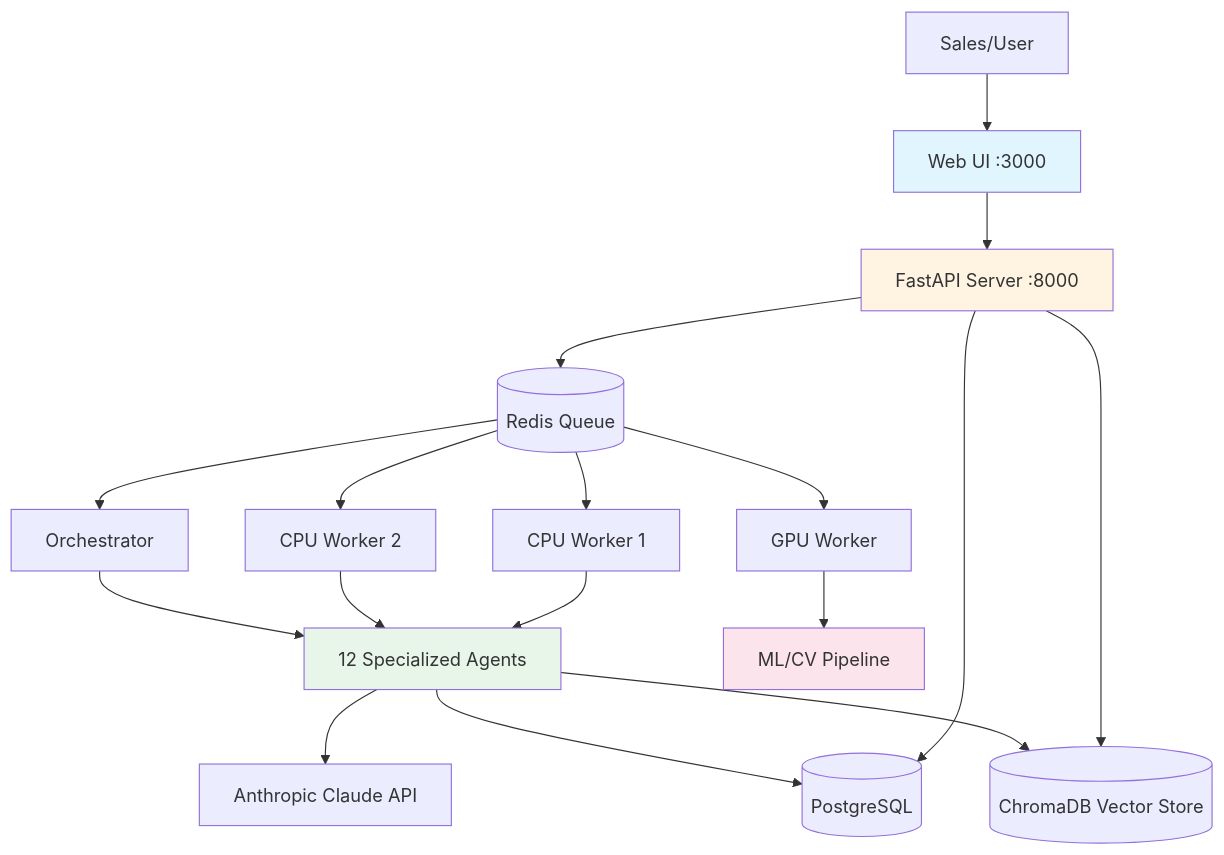
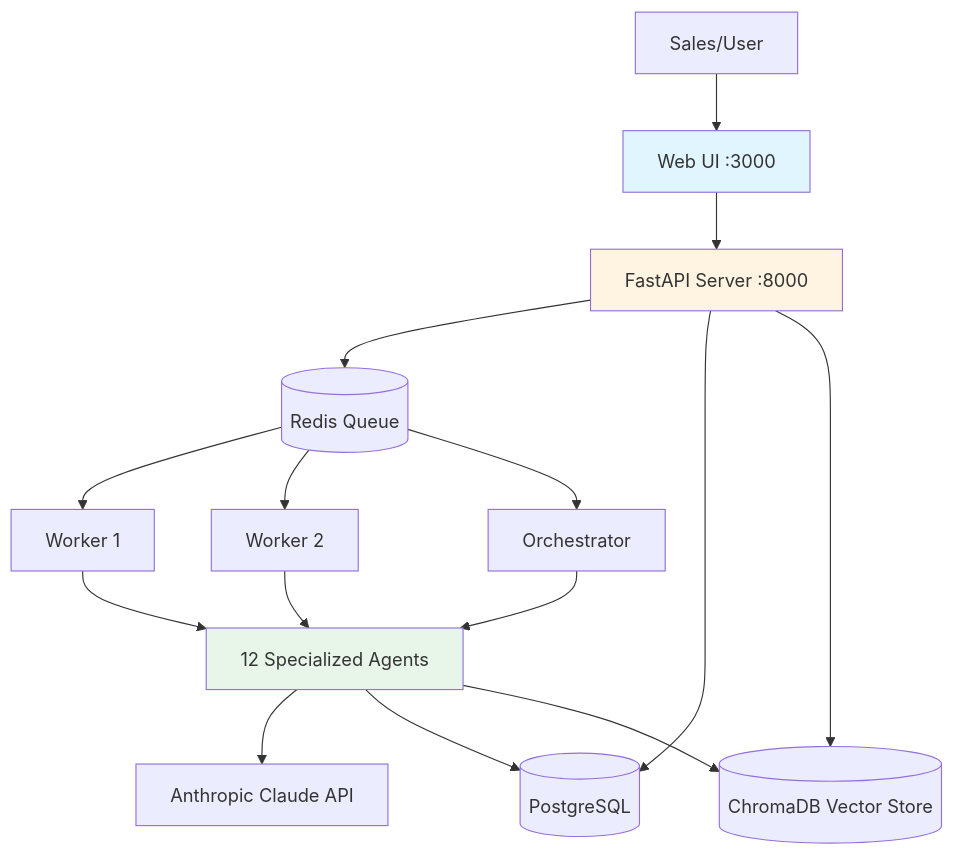
The first of 3 diagrams in README.md (tefj-fun/agent_bus), drawn with Mermaid before and after one commit. The commit also changed other lines of this file and 21 other files, not shown here.

First line of the commit message:
refactor: Remove Kubernetes, GPU workers, and ML pipeline

````diff
--- a/README.md
+++ b/README.md
@@ -62,29 +57,26 @@
 ```mermaid
 graph TB
     User[Sales/User] --> WebUI[Web UI :3000]
     WebUI --> API[FastAPI Server :8000]
-    
+
     API --> Redis[(Redis Queue)]
     API --> Postgres[(PostgreSQL)]
     API --> ChromaDB[(ChromaDB Vector Store)]
-    
-    Redis --> Worker1[CPU Worker 1]
-    Redis --> Worker2[CPU Worker 2]
-    Redis --> GPUWorker[GPU Worker]
+
+    Redis --> Worker1[Worker 1]
+    Redis --> Worker2[Worker 2]
     Redis --> Orchestrator[Orchestrator]
-    
+
     Worker1 --> Agents[12 Specialized Agents]
     Worker2 --> Agents
-    GPUWorker --> MLPipeline[ML/CV Pipeline]
-    
+
     Agents --> LLM[Anthropic Claude API]
     Orchestrator --> Agents
-    
+
     Agents --> Postgres
     Agents --> ChromaDB
-    
+
     style WebUI fill:#e1f5ff
     style API fill:#fff4e1
     style Agents fill:#e8f5e9
-    style MLPipeline fill:#fce4ec
 ```
````
